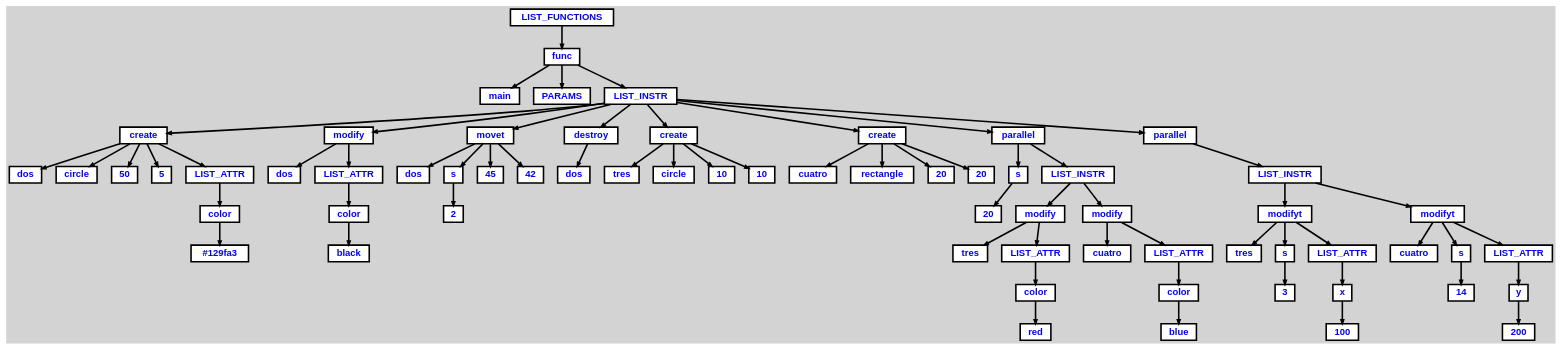
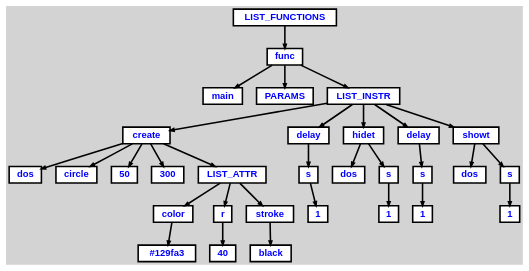
One commit to Outer2g/SVGAnimation changed the diagram in a.dot. Above: the diagram before and after it, drawn with Graphviz. The commit also changed 8 other files, not shown here.

Commit message:
create, hide, hidet, show, showt

```diff
--- a/a.dot
+++ b/a.dot
@@ -1,174 +1,87 @@
 digraph {
 
 	ordering=out;
 	ranksep=.4;
 	bgcolor="lightgrey"; node [shape=box, fixedsize=false, fontsize=12, fontname="Helvetica-bold", fontcolor="blue"
 		width=.25, height=.25, color="black", fillcolor="white", style="filled, solid, bold"];
 	edge [arrowsize=.5, color="black", style="bold"]
 
   n0 [label="LIST_FUNCTIONS"];
   n1 [label="func"];
   n1 [label="func"];
   n2 [label="main"];
   n3 [label="PARAMS"];
   n4 [label="LIST_INSTR"];
   n4 [label="LIST_INSTR"];
   n5 [label="create"];
   n5 [label="create"];
   n6 [label="dos"];
   n7 [label="circle"];
   n8 [label="50"];
-  n9 [label="5"];
+  n9 [label="300"];
   n10 [label="LIST_ATTR"];
   n10 [label="LIST_ATTR"];
   n11 [label="color"];
   n11 [label="color"];
   n12 [label="#129fa3"];
-  n13 [label="modify"];
-  n13 [label="modify"];
-  n14 [label="dos"];
-  n15 [label="LIST_ATTR"];
-  n15 [label="LIST_ATTR"];
-  n16 [label="color"];
-  n16 [label="color"];
-  n17 [label="black"];
-  n18 [label="movet"];
-  n18 [label="movet"];
-  n19 [label="dos"];
-  n20 [label="s"];
-  n20 [label="s"];
-  n21 [label="2"];
-  n22 [label="45"];
-  n23 [label="42"];
-  n24 [label="destroy"];
-  n24 [label="destroy"];
-  n25 [label="dos"];
-  n26 [label="create"];
-  n26 [label="create"];
-  n27 [label="tres"];
-  n28 [label="circle"];
-  n29 [label="10"];
-  n30 [label="10"];
-  n31 [label="create"];
-  n31 [label="create"];
-  n32 [label="cuatro"];
-  n33 [label="rectangle"];
-  n34 [label="20"];
-  n35 [label="20"];
-  n36 [label="parallel"];
-  n36 [label="parallel"];
-  n37 [label="s"];
-  n37 [label="s"];
-  n38 [label="20"];
-  n39 [label="LIST_INSTR"];
-  n39 [label="LIST_INSTR"];
-  n40 [label="modify"];
-  n40 [label="modify"];
-  n41 [label="tres"];
-  n42 [label="LIST_ATTR"];
-  n42 [label="LIST_ATTR"];
-  n43 [label="color"];
-  n43 [label="color"];
-  n44 [label="red"];
-  n45 [label="modify"];
-  n45 [label="modify"];
-  n46 [label="cuatro"];
-  n47 [label="LIST_ATTR"];
-  n47 [label="LIST_ATTR"];
-  n48 [label="color"];
-  n48 [label="color"];
-  n49 [label="blue"];
-  n50 [label="parallel"];
-  n50 [label="parallel"];
-  n51 [label="LIST_INSTR"];
-  n51 [label="LIST_INSTR"];
-  n52 [label="modifyt"];
-  n52 [label="modifyt"];
-  n53 [label="tres"];
-  n54 [label="s"];
-  n54 [label="s"];
-  n55 [label="3"];
-  n56 [label="LIST_ATTR"];
-  n56 [label="LIST_ATTR"];
-  n57 [label="x"];
-  n57 [label="x"];
-  n58 [label="100"];
-  n59 [label="modifyt"];
-  n59 [label="modifyt"];
-  n60 [label="cuatro"];
-  n61 [label="s"];
-  n61 [label="s"];
-  n62 [label="14"];
-  n63 [label="LIST_ATTR"];
-  n63 [label="LIST_ATTR"];
-  n64 [label="y"];
-  n64 [label="y"];
-  n65 [label="200"];
+  n13 [label="r"];
+  n13 [label="r"];
+  n14 [label="40"];
+  n15 [label="stroke"];
+  n15 [label="stroke"];
+  n16 [label="black"];
+  n17 [label="delay"];
+  n17 [label="delay"];
+  n18 [label="s"];
+  n18 [label="s"];
+  n19 [label="1"];
+  n20 [label="hidet"];
+  n20 [label="hidet"];
+  n21 [label="dos"];
+  n22 [label="s"];
+  n22 [label="s"];
+  n23 [label="1"];
+  n24 [label="delay"];
+  n24 [label="delay"];
+  n25 [label="s"];
+  n25 [label="s"];
+  n26 [label="1"];
+  n27 [label="showt"];
+  n27 [label="showt"];
+  n28 [label="dos"];
+  n29 [label="s"];
+  n29 [label="s"];
+  n30 [label="1"];
 
   n0 -> n1 // "LIST_FUNCTIONS" -> "func"
   n1 -> n2 // "func" -> "main"
   n1 -> n3 // "func" -> "PARAMS"
   n1 -> n4 // "func" -> "LIST_INSTR"
   n4 -> n5 // "LIST_INSTR" -> "create"
   n5 -> n6 // "create" -> "dos"
   n5 -> n7 // "create" -> "circle"
   n5 -> n8 // "create" -> "50"
-  n5 -> n9 // "create" -> "5"
+  n5 -> n9 // "create" -> "300"
   n5 -> n10 // "create" -> "LIST_ATTR"
   n10 -> n11 // "LIST_ATTR" -> "color"
   n11 -> n12 // "color" -> "#129fa3"
-  n4 -> n13 // "LIST_INSTR" -> "modify"
-  n13 -> n14 // "modify" -> "dos"
-  n13 -> n15 // "modify" -> "LIST_ATTR"
-  n15 -> n16 // "LIST_ATTR" -> "color"
-  n16 -> n17 // "color" -> "black"
-  n4 -> n18 // "LIST_INSTR" -> "movet"
-  n18 -> n19 // "movet" -> "dos"
-  n18 -> n20 // "movet" -> "s"
-  n20 -> n21 // "s" -> "2"
-  n18 -> n22 // "movet" -> "45"
-  n18 -> n23 // "movet" -> "42"
-  n4 -> n24 // "LIST_INSTR" -> "destroy"
-  n24 -> n25 // "destroy" -> "dos"
-  n4 -> n26 // "LIST_INSTR" -> "create"
-  n26 -> n27 // "create" -> "tres"
-  n26 -> n28 // "create" -> "circle"
-  n26 -> n29 // "create" -> "10"
-  n26 -> n30 // "create" -> "10"
-  n4 -> n31 // "LIST_INSTR" -> "create"
-  n31 -> n32 // "create" -> "cuatro"
-  n31 -> n33 // "create" -> "rectangle"
-  n31 -> n34 // "create" -> "20"
-  n31 -> n35 // "create" -> "20"
-  n4 -> n36 // "LIST_INSTR" -> "parallel"
-  n36 -> n37 // "parallel" -> "s"
-  n37 -> n38 // "s" -> "20"
-  n36 -> n39 // "parallel" -> "LIST_INSTR"
-  n39 -> n40 // "LIST_INSTR" -> "modify"
-  n40 -> n41 // "modify" -> "tres"
-  n40 -> n42 // "modify" -> "LIST_ATTR"
-  n42 -> n43 // "LIST_ATTR" -> "color"
-  n43 -> n44 // "color" -> "red"
-  n39 -> n45 // "LIST_INSTR" -> "modify"
-  n45 -> n46 // "modify" -> "cuatro"
-  n45 -> n47 // "modify" -> "LIST_ATTR"
-  n47 -> n48 // "LIST_ATTR" -> "color"
-  n48 -> n49 // "color" -> "blue"
-  n4 -> n50 // "LIST_INSTR" -> "parallel"
-  n50 -> n51 // "parallel" -> "LIST_INSTR"
-  n51 -> n52 // "LIST_INSTR" -> "modifyt"
-  n52 -> n53 // "modifyt" -> "tres"
-  n52 -> n54 // "modifyt" -> "s"
-  n54 -> n55 // "s" -> "3"
-  n52 -> n56 // "modifyt" -> "LIST_ATTR"
-  n56 -> n57 // "LIST_ATTR" -> "x"
-  n57 -> n58 // "x" -> "100"
-  n51 -> n59 // "LIST_INSTR" -> "modifyt"
-  n59 -> n60 // "modifyt" -> "cuatro"
-  n59 -> n61 // "modifyt" -> "s"
-  n61 -> n62 // "s" -> "14"
-  n59 -> n63 // "modifyt" -> "LIST_ATTR"
-  n63 -> n64 // "LIST_ATTR" -> "y"
-  n64 -> n65 // "y" -> "200"
+  n10 -> n13 // "LIST_ATTR" -> "r"
+  n13 -> n14 // "r" -> "40"
+  n10 -> n15 // "LIST_ATTR" -> "stroke"
+  n15 -> n16 // "stroke" -> "black"
+  n4 -> n17 // "LIST_INSTR" -> "delay"
+  n17 -> n18 // "delay" -> "s"
+  n18 -> n19 // "s" -> "1"
+  n4 -> n20 // "LIST_INSTR" -> "hidet"
+  n20 -> n21 // "hidet" -> "dos"
+  n20 -> n22 // "hidet" -> "s"
+  n22 -> n23 // "s" -> "1"
+  n4 -> n24 // "LIST_INSTR" -> "delay"
+  n24 -> n25 // "delay" -> "s"
+  n25 -> n26 // "s" -> "1"
+  n4 -> n27 // "LIST_INSTR" -> "showt"
+  n27 -> n28 // "showt" -> "dos"
+  n27 -> n29 // "showt" -> "s"
+  n29 -> n30 // "s" -> "1"
 
 }
```
